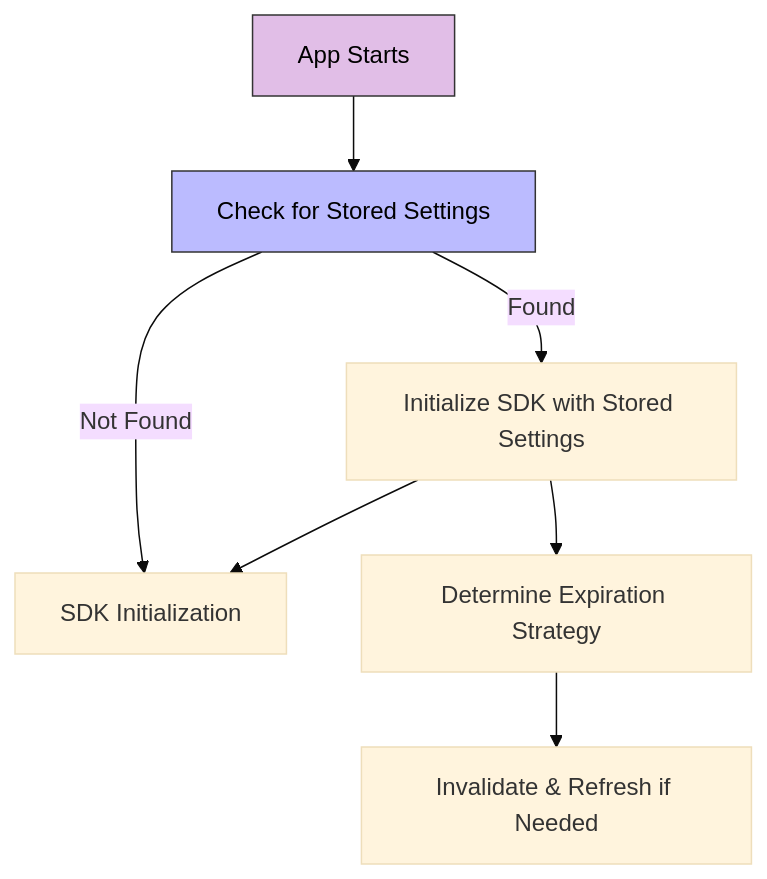
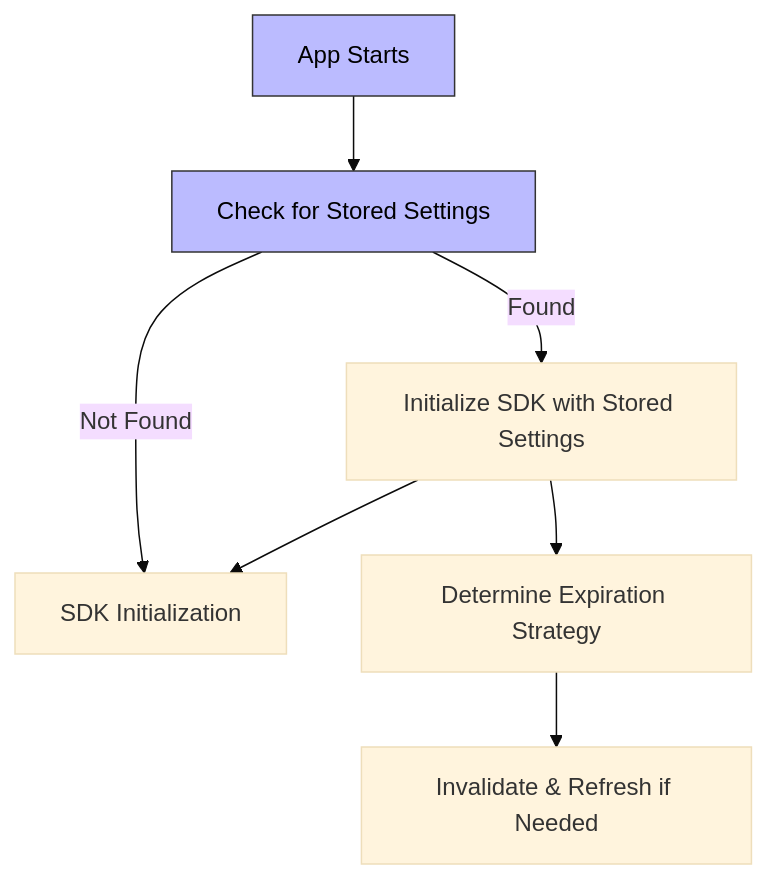
The second of 3 diagrams in docs/Concepts/fme-sdks-caching.md (wingify/readme-central), drawn with Mermaid (base theme) before and after one commit. The commit also changed other lines of this file, not shown here.

````diff
--- a/docs/Concepts/fme-sdks-caching.md
+++ b/docs/Concepts/fme-sdks-caching.md
@@ -112,20 +112,20 @@
 ```mermaid
 flowchart TD
     A[App Starts] --> B[Check for Stored Settings]
     B -- Found --> C[Initialize SDK with Stored Settings]
     B -- Not Found --> F[SDK Operational]
     
     C --> F[SDK Initialization]
 
     C --> G[Determine Expiration Strategy]
     G --> H[Invalidate & Refresh if Needed]
 
     %% Assign classes
     class A start
     class B check
 
     %% Define styles
-    classDef start fill:#E1BEE7,stroke:#333,stroke-width:1px,color:#000
+    classDef start fill:#bbf,stroke:#333,stroke-width:1px,color:#000
     classDef check fill:#bbf,stroke:#333,stroke-width:1px,color:#000
 
 ```
````
